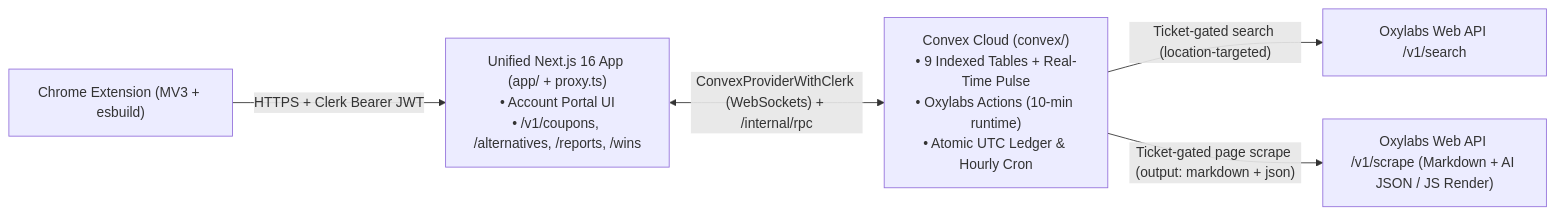
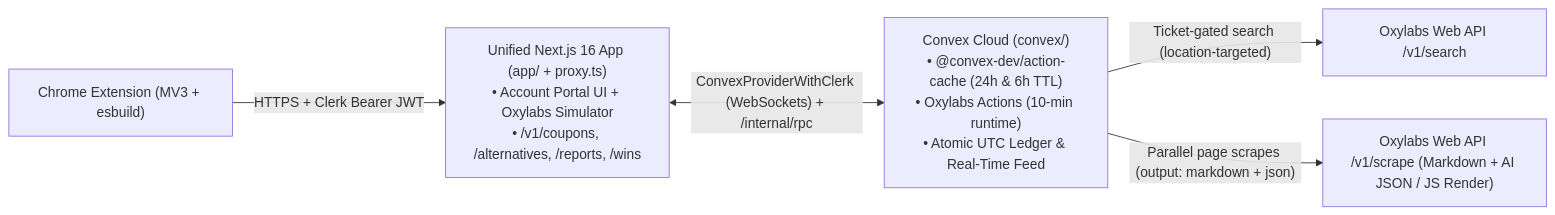
The first of 3 diagrams in README.md (sonnysangha/cartscout), drawn with Mermaid before and after one commit. The commit also changed other lines of this file, not shown here.

````diff
--- a/README.md
+++ b/README.md
@@ -19,13 +66,13 @@
 ```mermaid
 flowchart LR
   Ext["Chrome Extension (MV3 + esbuild)"]
-  Next["Unified Next.js 16 App (app/ + proxy.ts)\n• Account Portal UI\n• /v1/coupons, /alternatives, /reports, /wins"]
-  Convex["Convex Cloud (convex/)\n• 9 Indexed Tables + Real-Time Pulse\n• Oxylabs Actions (10-min runtime)\n• Atomic UTC Ledger & Hourly Cron"]
+  Next["Unified Next.js 16 App (app/ + proxy.ts)\n• Account Portal UI + Oxylabs Simulator\n• /v1/coupons, /alternatives, /reports, /wins"]
+  Convex["Convex Cloud (convex/)\n• @convex-dev/action-cache (24h & 6h TTL)\n• Oxylabs Actions (10-min runtime)\n• Atomic UTC Ledger & Real-Time Feed"]
   OxySearch["Oxylabs Web API /v1/search"]
   OxyScrape["Oxylabs Web API /v1/scrape (Markdown + AI JSON / JS Render)"]
 
   Ext -->|"HTTPS + Clerk Bearer JWT"| Next
   Next <-->|"ConvexProviderWithClerk (WebSockets) + /internal/rpc"| Convex
   Convex -->|"Ticket-gated search (location-targeted)"| OxySearch
-  Convex -->|"Ticket-gated page scrape (output: markdown + json)"| OxyScrape
+  Convex -->|"Parallel page scrapes (output: markdown + json)"| OxyScrape
 ```
````
